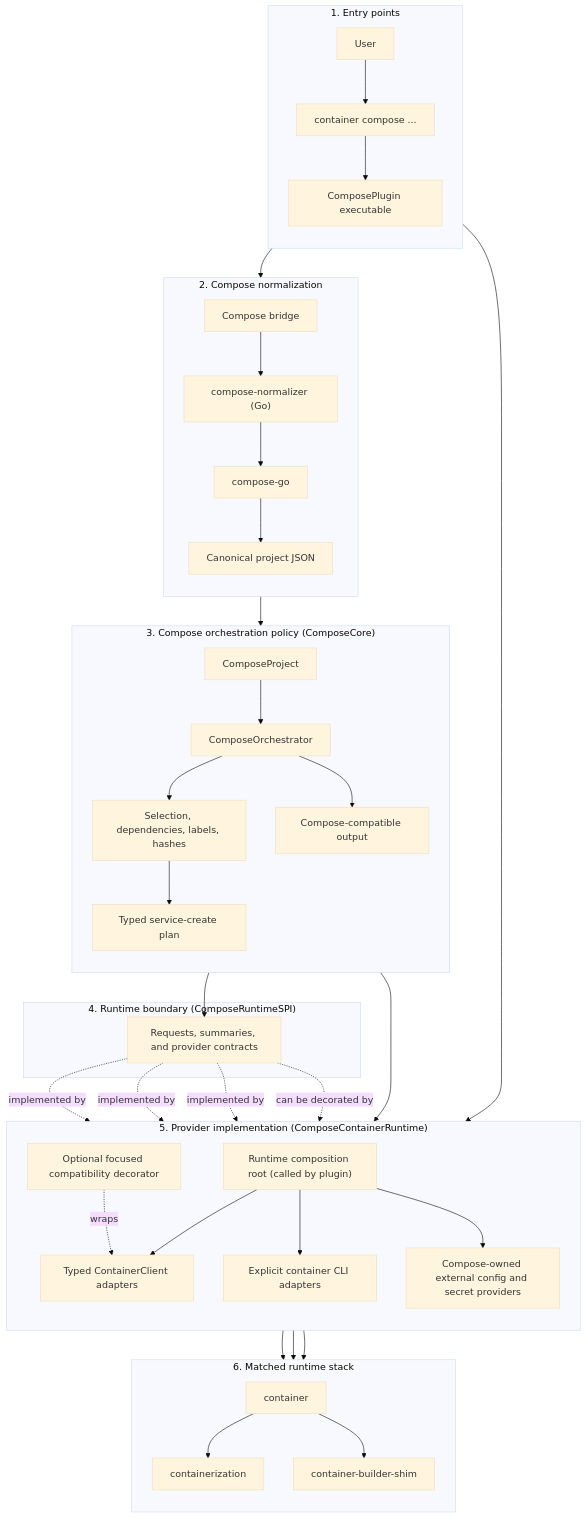
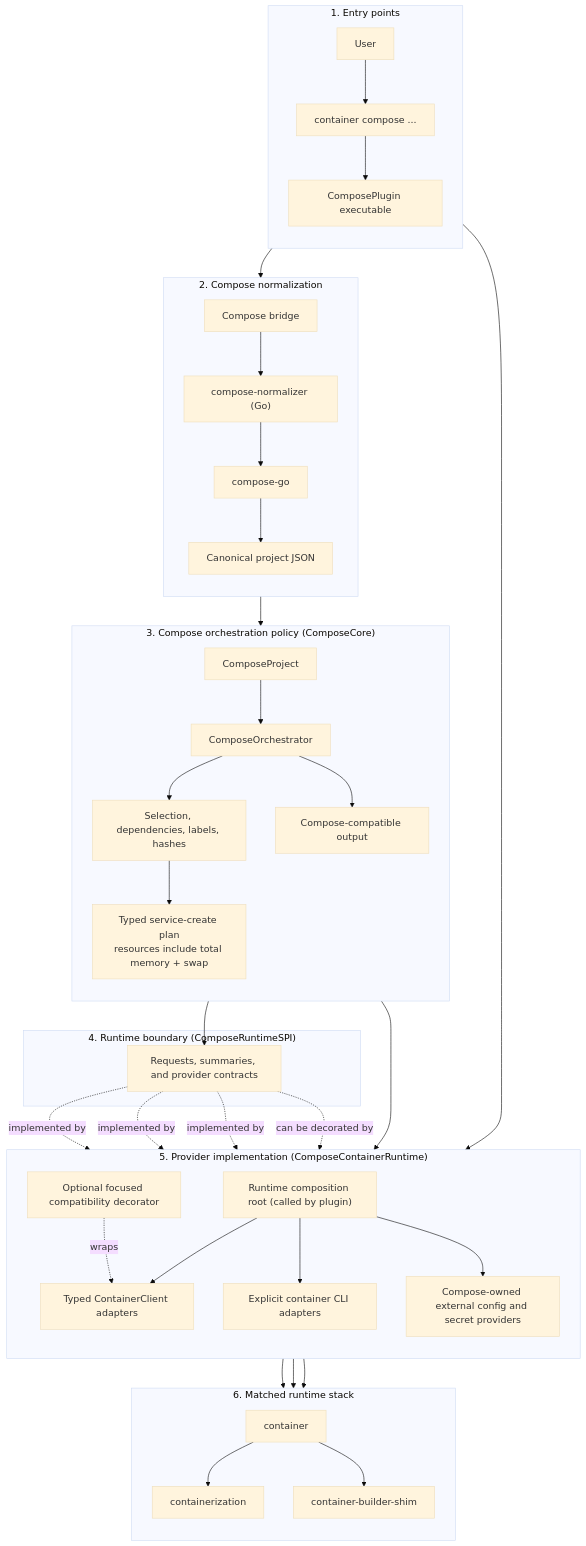
One commit to stephenlclarke/container-compose changed the diagram in DESIGN.md. Above: the diagram before and after it, drawn with Mermaid (base theme). The commit also changed other lines of this file and 21 other files, not shown here.

Commit message:
feat(compose): support memory swap limits

````diff
--- a/DESIGN.md
+++ b/DESIGN.md
@@ -107,59 +111,59 @@
 ```mermaid
 flowchart TD
     subgraph Entry["1. Entry points"]
         direction TB
         User["User"] --> ContainerCLI["container compose ..."]
         ContainerCLI --> Plugin["ComposePlugin executable"]
     end
 
     subgraph Normalization["2. Compose normalization"]
         direction TB
         Bridge["Compose bridge"] --> Normalizer["compose-normalizer (Go)"]
         Normalizer --> ComposeGo["compose-go"]
         ComposeGo --> Canonical["Canonical project JSON"]
     end
 
     subgraph Policy["3. Compose orchestration policy (ComposeCore)"]
         direction TB
         Model["ComposeProject"] --> Orchestrator["ComposeOrchestrator"]
         Orchestrator --> Planner["Selection, dependencies, labels, hashes"]
-        Planner --> CreatePlan["Typed service-create plan"]
+        Planner --> CreatePlan["Typed service-create plan\nresources include total memory + swap"]
         Orchestrator --> Output["Compose-compatible output"]
     end
 
     subgraph Boundary["4. Runtime boundary (ComposeRuntimeSPI)"]
         SPI["Requests, summaries, and provider contracts"]
     end
 
     subgraph Providers["5. Provider implementation (ComposeContainerRuntime)"]
         direction TB
         Composition["Runtime composition root (called by plugin)"]
         Direct["Typed ContainerClient adapters"]
         Command["Explicit container CLI adapters"]
         LocalStores["Compose-owned external config and secret providers"]
         Decorator["Optional focused compatibility decorator"]
         Composition --> Direct
         Composition --> Command
         Composition --> LocalStores
     end
 
     subgraph Runtime["6. Matched runtime stack"]
         direction TB
         Container["container"] --> Containerization["containerization"]
         Container --> Builder["container-builder-shim"]
     end
 
     Plugin --> Bridge
     Plugin --> Composition
     Canonical --> Model
     Orchestrator --> SPI
     SPI -. "implemented by" .-> Direct
     SPI -. "implemented by" .-> Command
     SPI -. "implemented by" .-> LocalStores
     SPI -. "can be decorated by" .-> Decorator
     Decorator -. "wraps" .-> Direct
     CreatePlan --> Command
     Direct --> Container
     Command --> Container
     Decorator --> Container
 ```
````
